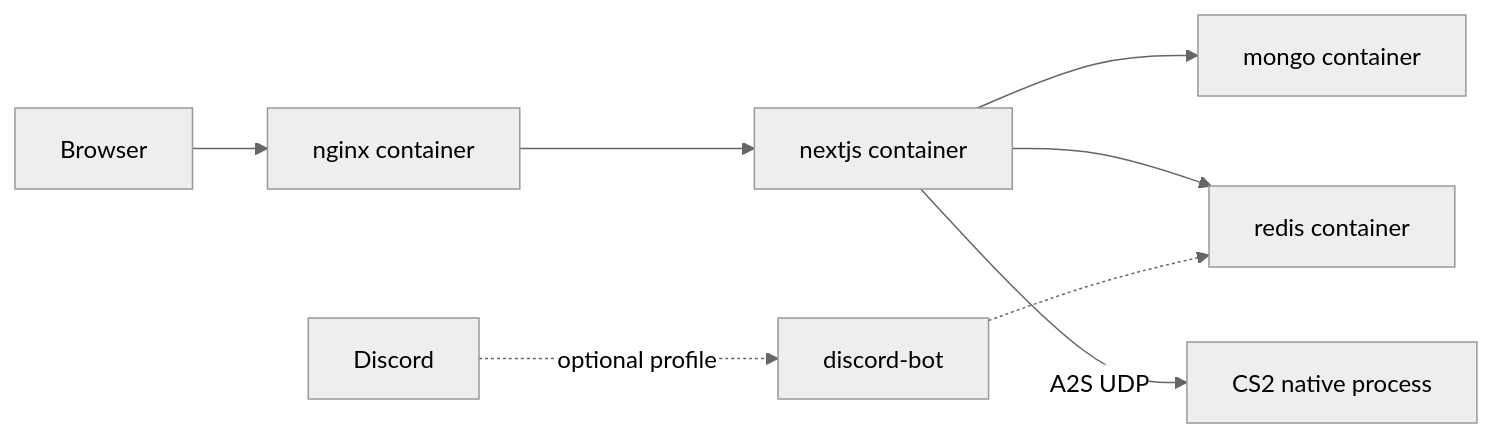
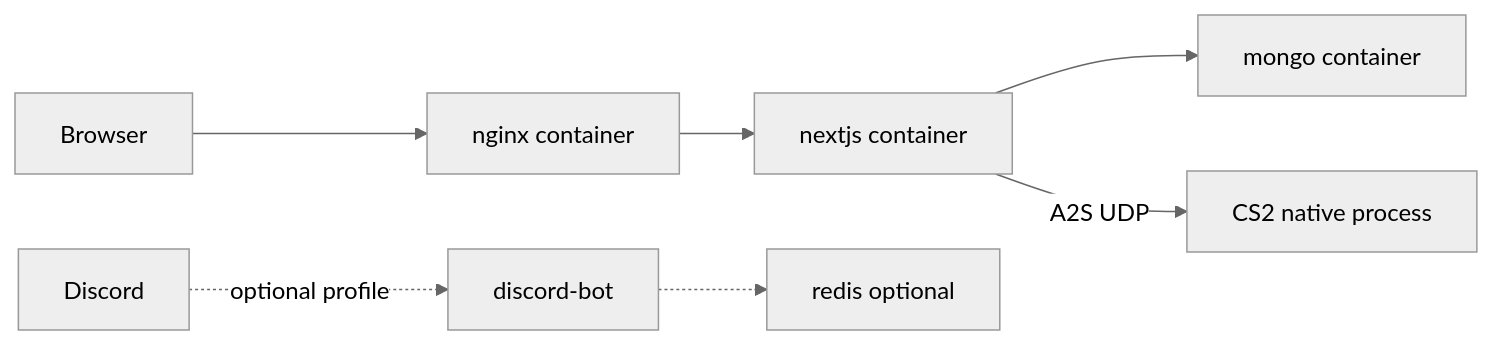
The diagram in docs/hostinger-deploy.md (spratap124/wallbang-xyz), drawn with Mermaid (neutral theme) before and after one commit. The commit also changed other lines of this file and 10 other files, not shown here.

````diff
--- a/docs/hostinger-deploy.md
+++ b/docs/hostinger-deploy.md
@@ -13,10 +13,9 @@
 ```mermaid
 flowchart LR
   Browser[Browser] --> Nginx[nginx container]
   Nginx --> Next[nextjs container]
   Next --> Mongo[mongo container]
-  Next --> Redis[redis container]
   Next -->|A2S UDP| CS2[CS2 native process]
   Discord[Discord] -.->|optional profile| Bot[discord-bot]
-  Bot -.-> Redis
+  Bot -.-> Redis[redis optional]
 ```
````
